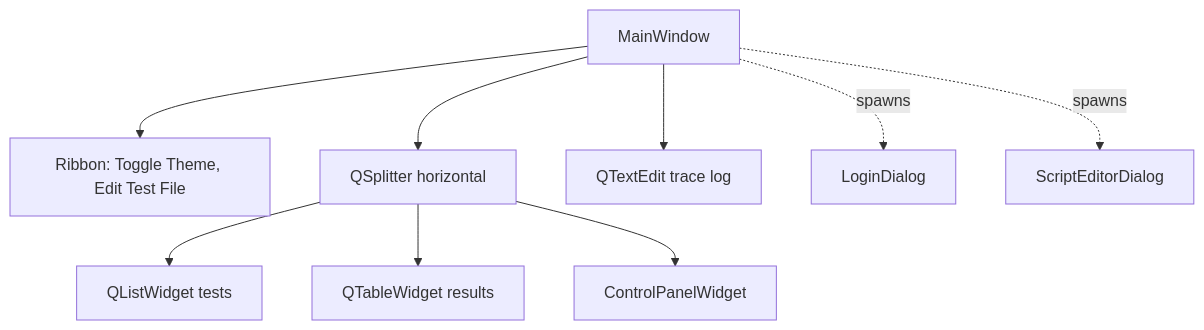
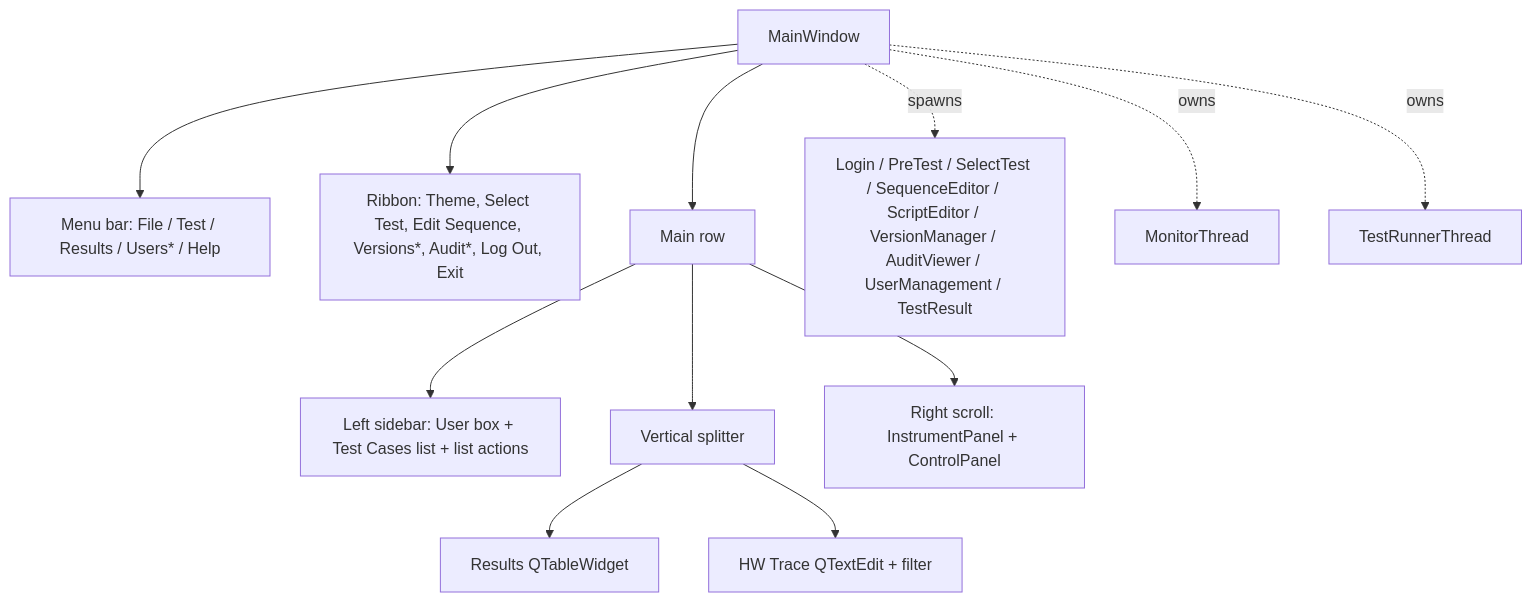
The third of 4 diagrams in DOC/ARCHITECTURE_DEEP_DIVE.md (yitzchakdfx-debug/Biosend), drawn with Mermaid before and after one commit. The commit also changed other lines of this file and 47 other files, not shown here.

````diff
--- a/DOC/ARCHITECTURE_DEEP_DIVE.md
+++ b/DOC/ARCHITECTURE_DEEP_DIVE.md
@@ -209,11 +280,14 @@
 ```mermaid
 flowchart TB
-    Main[MainWindow] --> Ribbon[Ribbon: Toggle Theme, Edit Test File]
-    Main --> Splitter[QSplitter horizontal]
-    Splitter --> List[QListWidget tests]
-    Splitter --> Table[QTableWidget results]
-    Splitter --> Panel[ControlPanelWidget]
-    Main --> Trace[QTextEdit trace log]
-    Main -. spawns .-> Login[LoginDialog]
-    Main -. spawns .-> Editor[ScriptEditorDialog]
+    Main[MainWindow] --> Menu[Menu bar: File / Test / Results / Users* / Help]
+    Main --> Ribbon[Ribbon: Theme, Select Test, Edit Sequence, Versions*, Audit*, Log Out, Exit]
+    Main --> Row[Main row]
+    Row --> Left[Left sidebar: User box + Test Cases list + list actions]
+    Row --> Center[Vertical splitter]
+    Center --> Table[Results QTableWidget]
+    Center --> Trace[HW Trace QTextEdit + filter]
+    Row --> Right[Right scroll: InstrumentPanel + ControlPanel]
+    Main -. spawns .-> Dialogs[Login / PreTest / SelectTest / SequenceEditor / ScriptEditor / VersionManager / AuditViewer / UserManagement / TestResult]
+    Main -. owns .-> Monitor[MonitorThread]
+    Main -. owns .-> Runner[TestRunnerThread]
 ```
````
